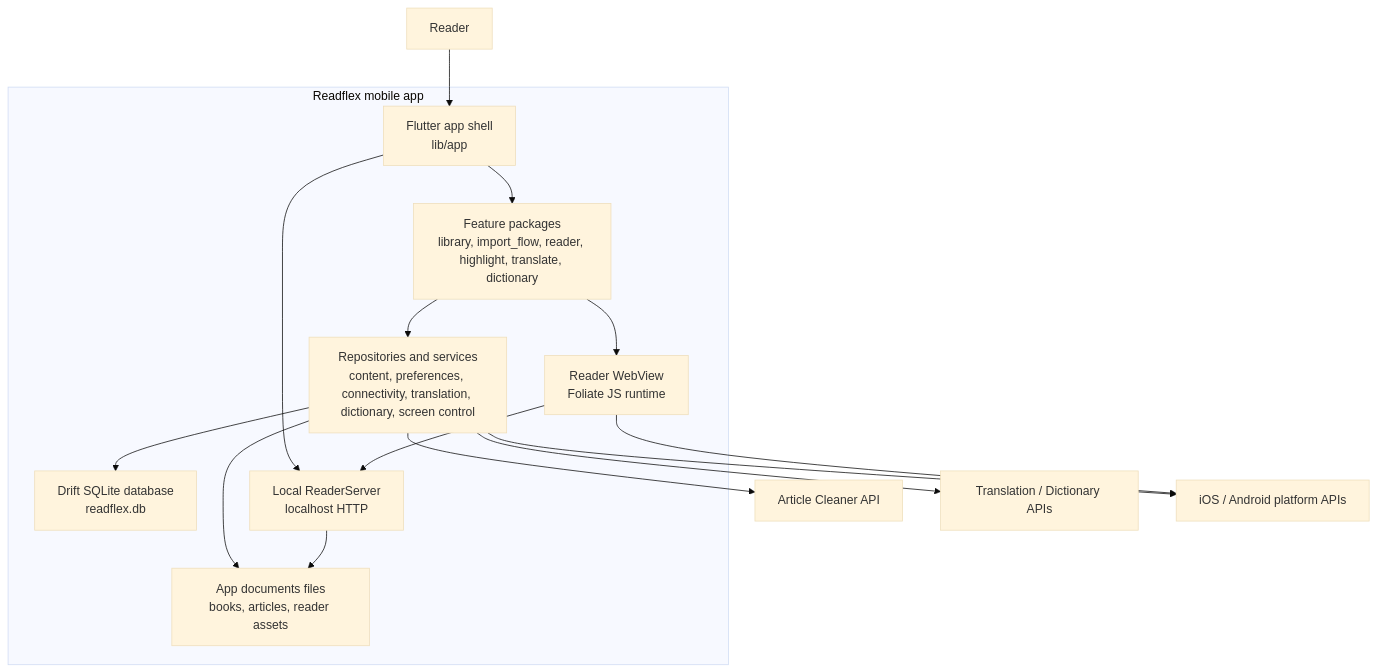
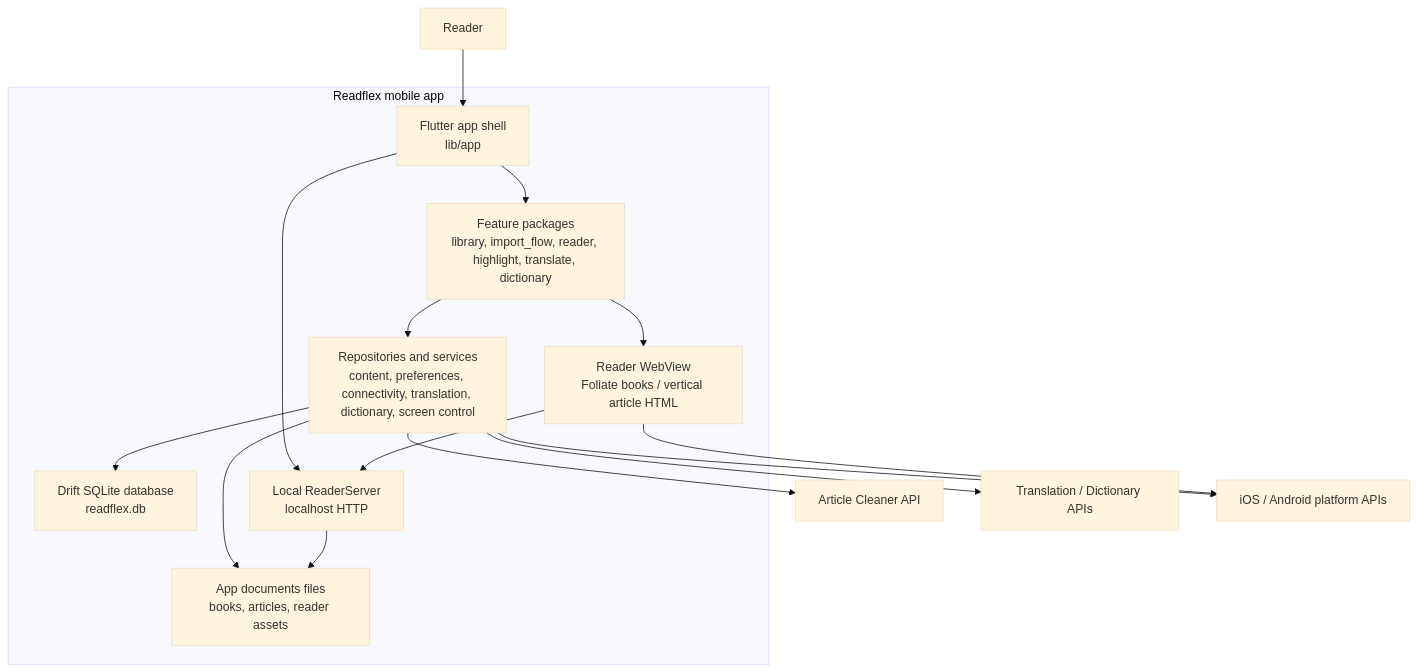
Before and after one commit to abra/readflex: the second of 8 diagrams in C4_MODEL.md, drawn with Mermaid (base theme). The commit also changed other lines of this file and 57 other files, not shown here.

````diff
--- a/C4_MODEL.md
+++ b/C4_MODEL.md
@@ -57,32 +57,32 @@
 ```mermaid
 flowchart TB
   user["Reader"]
 
   subgraph mobile["Readflex mobile app"]
     appShell["Flutter app shell\nlib/app"]
     features["Feature packages\nlibrary, import_flow, reader, highlight, translate, dictionary"]
     repos["Repositories and services\ncontent, preferences, connectivity, translation, dictionary, screen control"]
     db["Drift SQLite database\nreadflex.db"]
     files["App documents files\nbooks, articles, reader assets"]
     server["Local ReaderServer\nlocalhost HTTP"]
-    webview["Reader WebView\nFoliate JS runtime"]
+    webview["Reader WebView\nFoliate books / vertical article HTML"]
   end
 
   cleaner["Article Cleaner API"]
   remoteApis["Translation / Dictionary APIs"]
   platform["iOS / Android platform APIs"]
 
   user --> appShell
   appShell --> features
   features --> repos
   repos --> db
   repos --> files
   appShell --> server
   server --> files
   features --> webview
   webview --> server
   repos --> cleaner
   repos --> remoteApis
   repos --> platform
   webview --> platform
 ```
````
